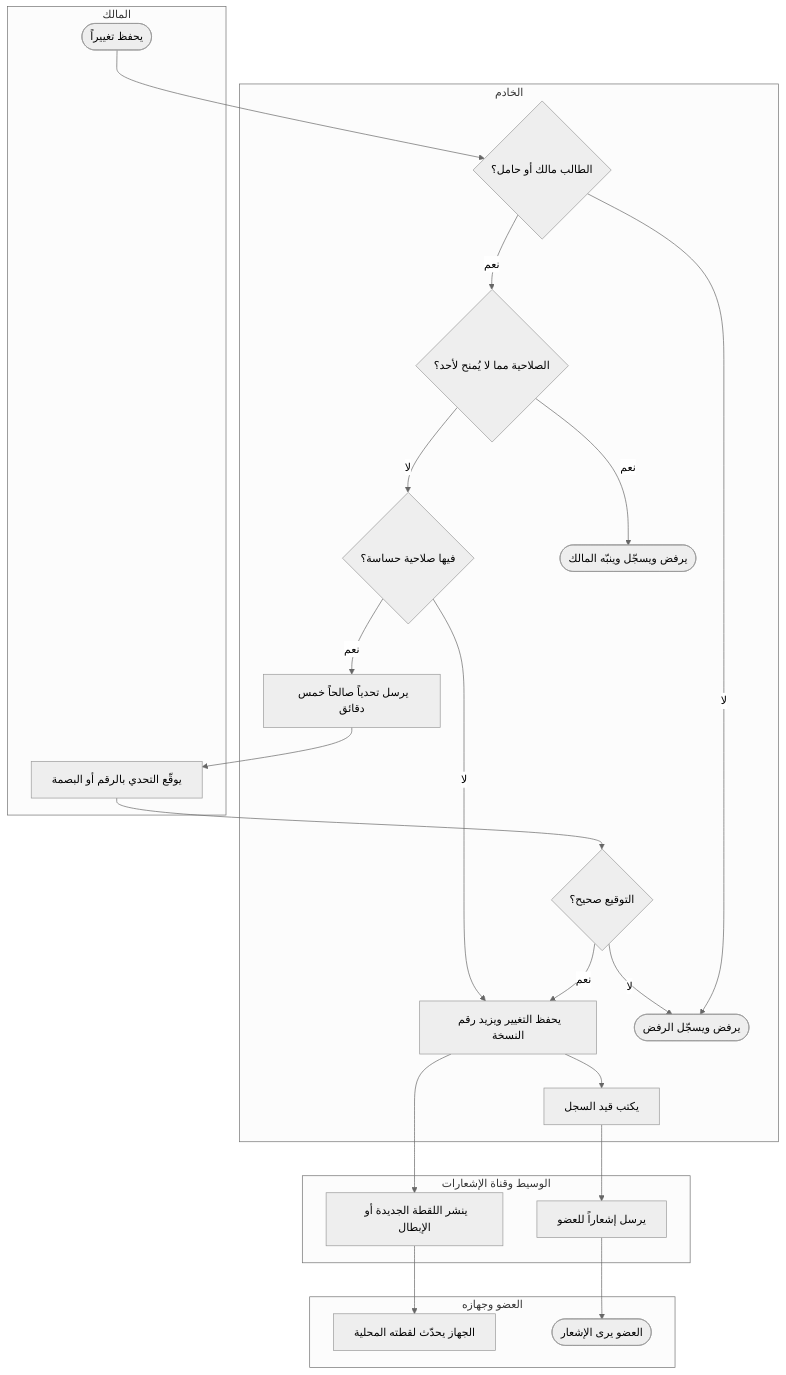
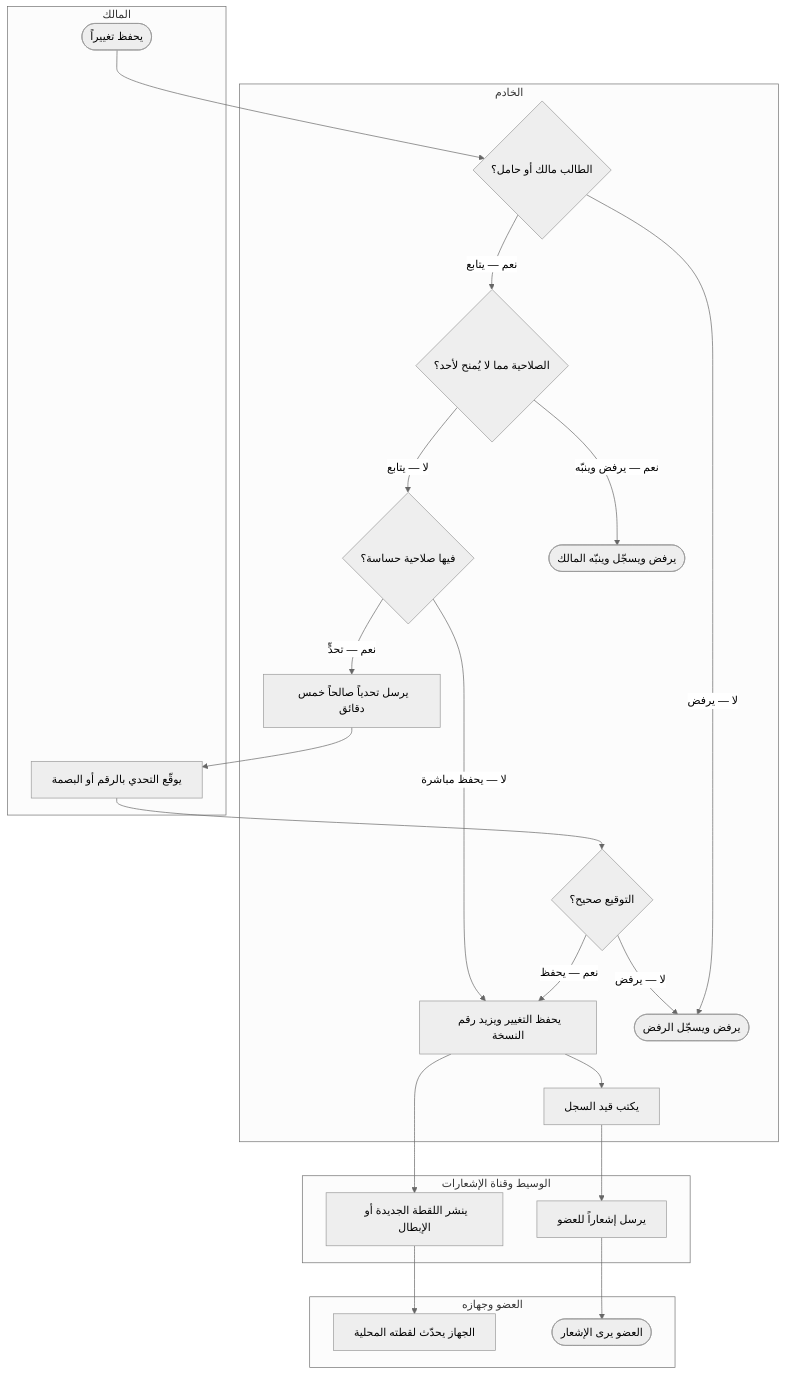
One commit to Bassam-mohammed-alqaeadi/family-os-v2 changed diagram 35 of 40 in docs/family-os/governance/phases/phase-1/S1-03-family-roles-and-permissions/DIAGRAMS.md. Above: the diagram before and after it, drawn with Mermaid (neutral theme). The commit also changed other lines of this file, not shown here.

Commit message:
إصلاح S1-03 (فحص GitHub بعد الشكل 2) — §4-د/4-هـ/4-و و§6: توسيع تسميات «نعم/لا» + فروع «لا» في 6-هـ وتقسيمها إلى لوحتين

````diff
--- a/docs/family-os/governance/phases/phase-1/S1-03-family-roles-and-permissions/DIAGRAMS.md
+++ b/docs/family-os/governance/phases/phase-1/S1-03-family-roles-and-permissions/DIAGRAMS.md
@@ -1247,42 +1253,42 @@
 ```mermaid
 flowchart TD
     subgraph LO [المالك]
         O1([يحفظ تغييراً])
         O2[يوقّع التحدي بالرقم أو البصمة]
     end
     subgraph LS [الخادم]
         S1{الطالب مالك أو حامل؟}
         S2{الصلاحية مما لا يُمنح لأحد؟}
         S3{فيها صلاحية حساسة؟}
         S4[يرسل تحدياً صالحاً خمس دقائق]
         S5{التوقيع صحيح؟}
         S6[يحفظ التغيير ويزيد رقم النسخة]
         S7[يكتب قيد السجل]
         S8([يرفض ويسجّل الرفض])
         S9([يرفض ويسجّل وينبّه المالك])
     end
     subgraph LB [الوسيط وقناة الإشعارات]
         B1[ينشر اللقطة الجديدة أو الإبطال]
         B2[يرسل إشعاراً للعضو]
     end
     subgraph LM [العضو وجهازه]
         M1[الجهاز يحدّث لقطته المحلية]
         M2([العضو يرى الإشعار])
     end
     O1 --> S1
-    S1 -->|لا| S8
-    S1 -->|نعم| S2
-    S2 -->|نعم| S9
-    S2 -->|لا| S3
-    S3 -->|نعم| S4
+    S1 -->|لا — يرفض| S8
+    S1 -->|نعم — يتابع| S2
+    S2 -->|نعم — يرفض وينبّه| S9
+    S2 -->|لا — يتابع| S3
+    S3 -->|نعم — تحدٍّ| S4
     S4 --> O2
     O2 --> S5
-    S5 -->|لا| S8
-    S5 -->|نعم| S6
-    S3 -->|لا| S6
+    S5 -->|لا — يرفض| S8
+    S5 -->|نعم — يحفظ| S6
+    S3 -->|لا — يحفظ مباشرة| S6
     S6 --> S7
     S6 --> B1
     S7 --> B2
     B1 --> M1
     B2 --> M2
 ```
````
